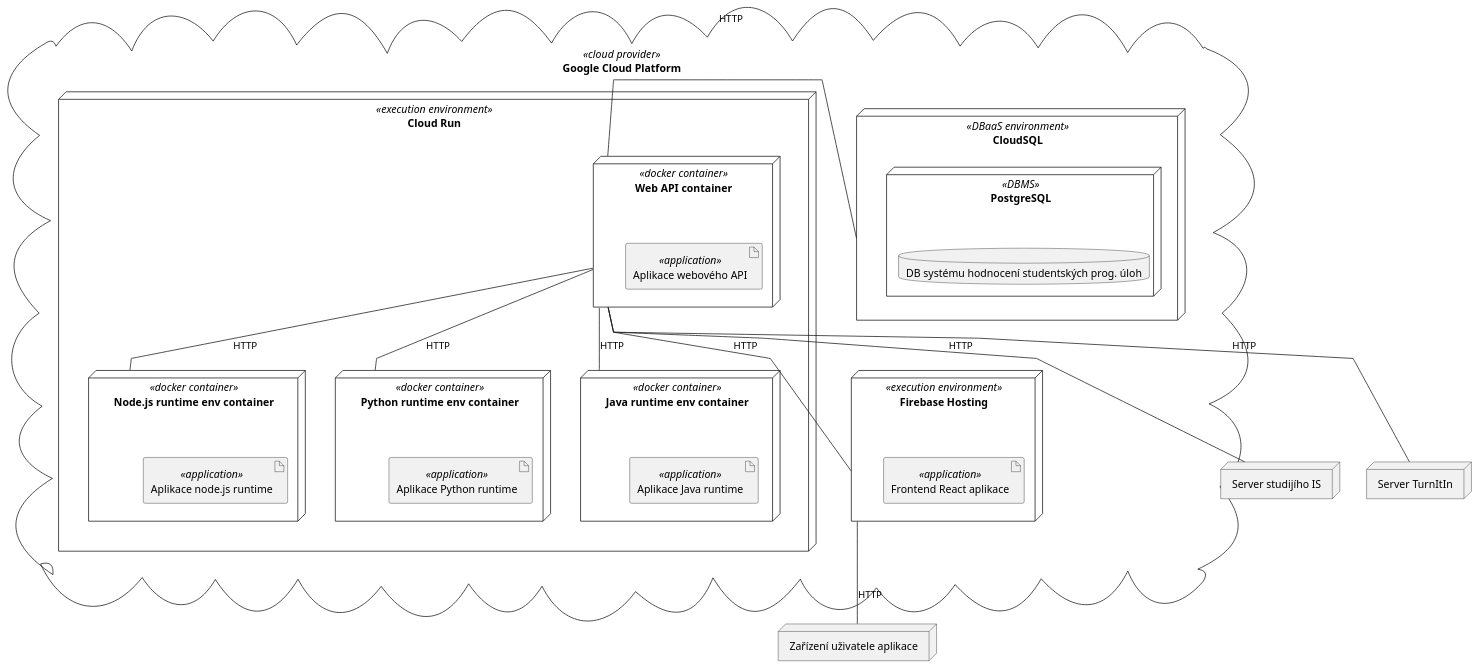
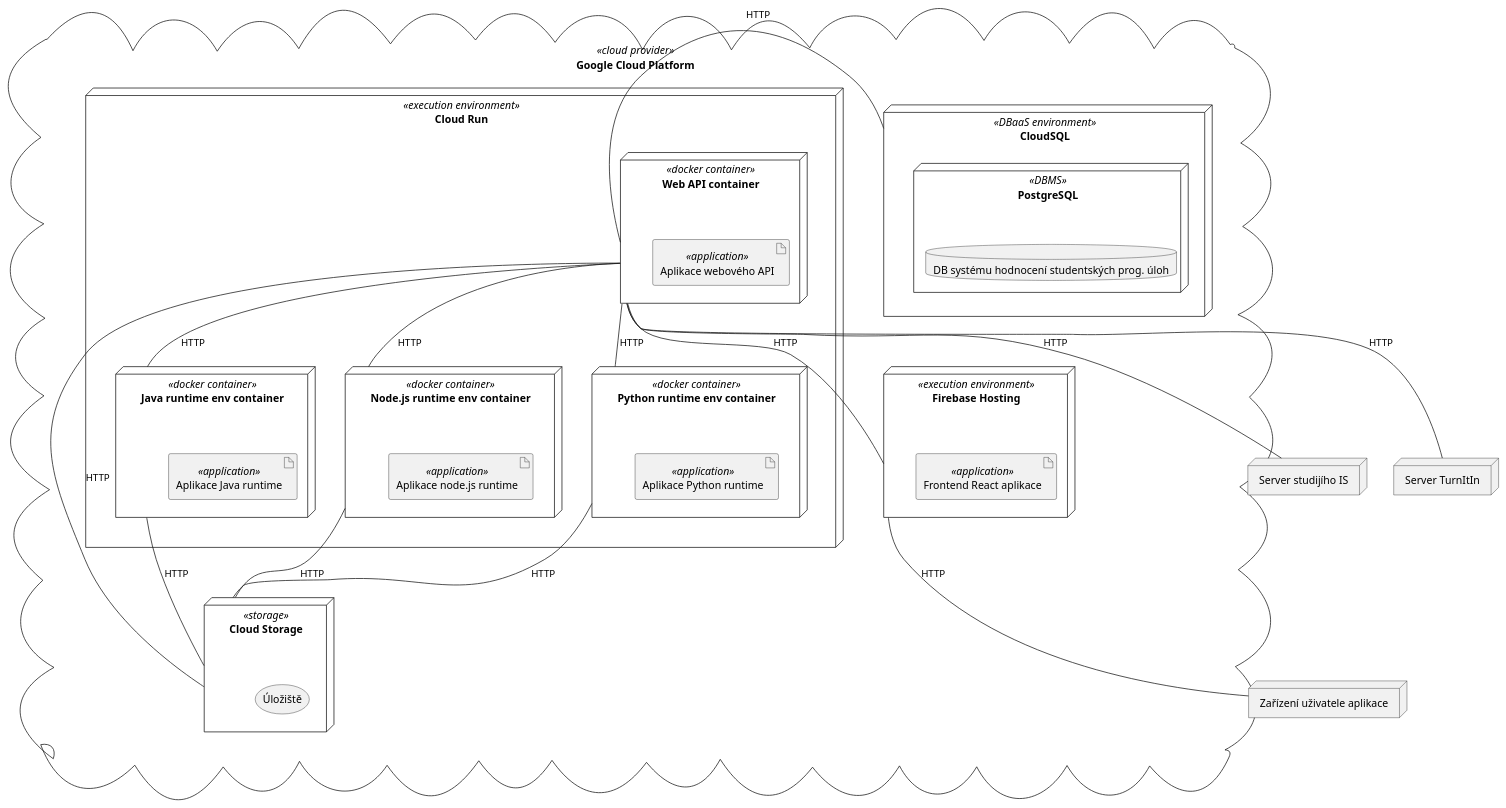
Before and after one commit to pehovorka/4IT575_architektury_docs: the diagram in assets/diagrams/src/soa/deployment.puml, drawn with PlantUML. The commit also changed 6 other files, not shown here.

Commit message:
Add SOA components diagram description.

```diff
--- a/assets/diagrams/src/soa/deployment.puml
+++ b/assets/diagrams/src/soa/deployment.puml
@@ -1,51 +1,58 @@
 @startuml
-skinparam linetype polyline
 
 cloud "Google Cloud Platform" as gcp <<cloud provider>> {
     node "CloudSQL" as cloudsql <<DBaaS environment>> {
         node "PostgreSQL" as pgsql <<DBMS>> {
             database "DB systému hodnocení studentských prog. úloh"
         }
     }
     node "Cloud Run" as run <<execution environment>> {
         node "Web API container" as webApi <<docker container>> {
             artifact "Aplikace webového API" <<application>>
         }
         node "Node.js runtime env container" as nodeEnv <<docker container>>{
             artifact "Aplikace node.js runtime" <<application>>
         }
         node "Python runtime env container" as pythonEnv <<docker container>>{
             artifact "Aplikace Python runtime" <<application>>
         }
         node "Java runtime env container" as javaEnv <<docker container>>{
             artifact "Aplikace Java runtime" <<application>>
         }
 
     }
     node "Firebase Hosting" as firebase <<execution environment>> {
         artifact "Frontend React aplikace" <<application>>
     }
 
+    node "Cloud Storage" as storage <<storage>> {
+        storage "Úložiště"
+    }
+
 }
 
 node "Zařízení uživatele aplikace" as userDevice
 node "Server studijího IS" as studyISServer
 node "Server TurnItIn" as turnitinServer
 
 webApi -- cloudsql : HTTP
 webApi -- nodeEnv : HTTP
 webApi -- pythonEnv : HTTP
 webApi -- javaEnv : HTTP
 
 firebase -- userDevice : HTTP
 webApi -- studyISServer : HTTP
 webApi -- turnitinServer : HTTP
 webApi -- firebase : HTTP
 
 cloudsql -[hidden]- firebase
 cloudsql -[hidden]- run
 
+webApi -- storage : HTTP
+nodeEnv -- storage: HTTP
+pythonEnv -- storage: HTTP
+javaEnv -- storage: HTTP
 
 
 
 @enduml
```
